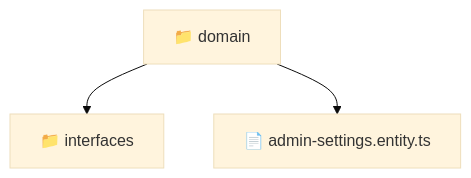
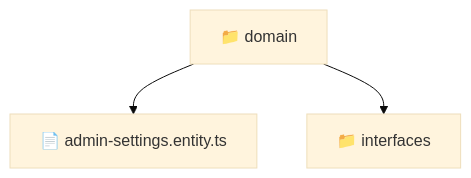
Before and after one commit to beginwebdev2002/fullstack-mavluda: the diagram in backend/src/modules/admin-settings/domain/README.md, drawn with Mermaid (base theme). The commit also changed other lines of this file and 166 other files, not shown here.

First line of the commit message:
docs: generate repository-wide architectural README files

````diff
--- a/backend/src/modules/admin-settings/domain/README.md
+++ b/backend/src/modules/admin-settings/domain/README.md
@@ -9,6 +11,8 @@
 ```mermaid
 graph TD
-  Root["📁 domain"]
-  Root --> interfaces["📁 interfaces"]
-  Root --> admin_settings_entity_ts["📄 admin-settings.entity.ts"]
+  f_Root_domain["📁 domain"]
+  f_admin_settings_entity_ts["📄 admin-settings.entity.ts"]
+  f_Root_domain --> f_admin_settings_entity_ts
+  f_Dir_interfaces["📁 interfaces"]
+  f_Root_domain --> f_Dir_interfaces
 ```
````
